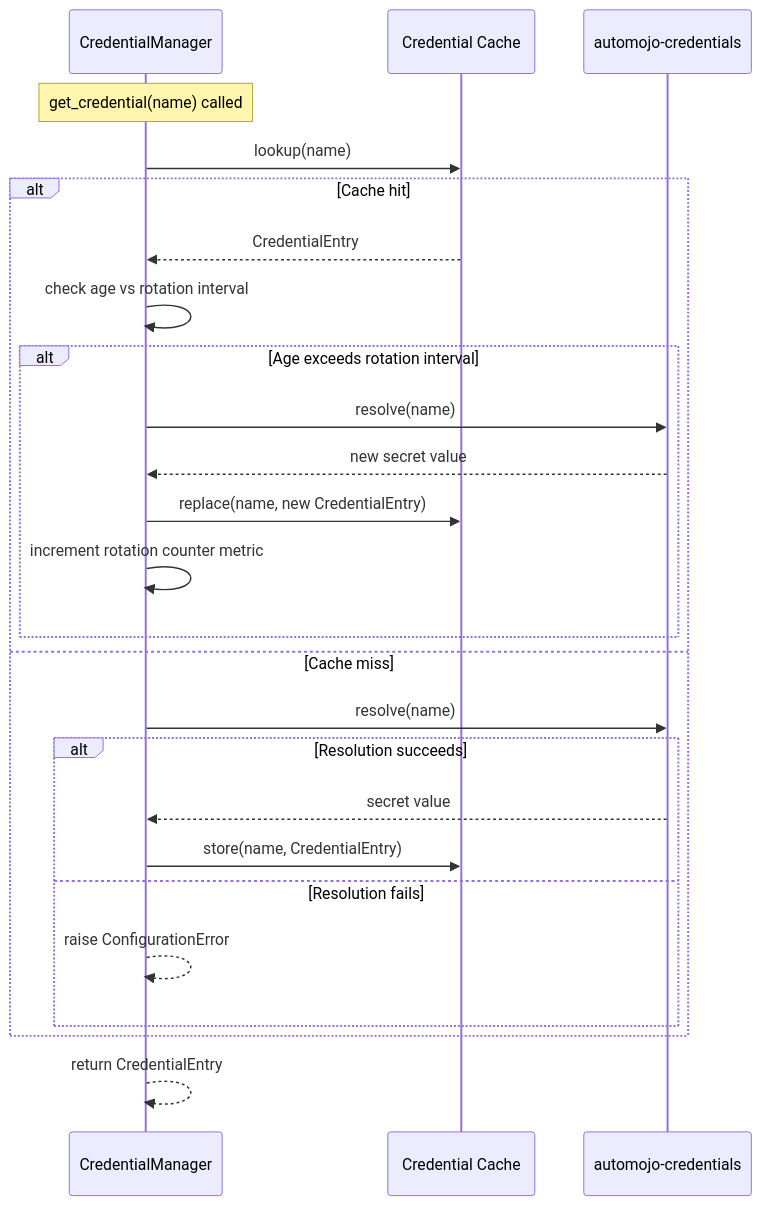
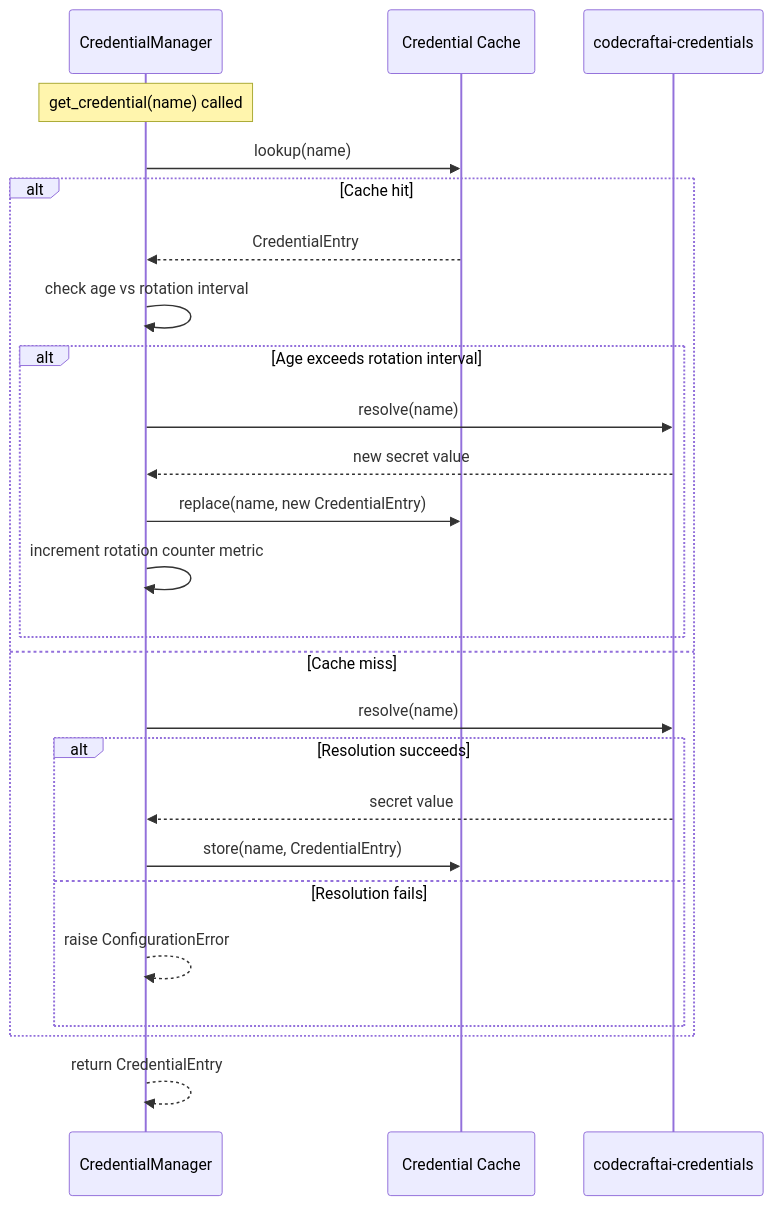
The fourth of 4 diagrams in specs/security-access-control/design.md (code-craft-ai-company/codecraftai-agent-kit), drawn with Mermaid before and after one commit. The commit also changed other lines of this file and 1083 other files, not shown here.

````diff
--- a/specs/security-access-control/design.md
+++ b/specs/security-access-control/design.md
@@ -209,28 +209,28 @@
 ```mermaid
 sequenceDiagram
     participant CM as CredentialManager
     participant Cache as Credential Cache
-    participant Creds as automojo-credentials
+    participant Creds as codecraftai-credentials
 
     Note over CM: get_credential(name) called
     CM->>Cache: lookup(name)
     alt Cache hit
         Cache-->>CM: CredentialEntry
         CM->>CM: check age vs rotation interval
         alt Age exceeds rotation interval
             CM->>Creds: resolve(name)
             Creds-->>CM: new secret value
             CM->>Cache: replace(name, new CredentialEntry)
             CM->>CM: increment rotation counter metric
         end
     else Cache miss
         CM->>Creds: resolve(name)
         alt Resolution succeeds
             Creds-->>CM: secret value
             CM->>Cache: store(name, CredentialEntry)
         else Resolution fails
             CM-->>CM: raise ConfigurationError
         end
     end
     CM-->>CM: return CredentialEntry
 ```
````
